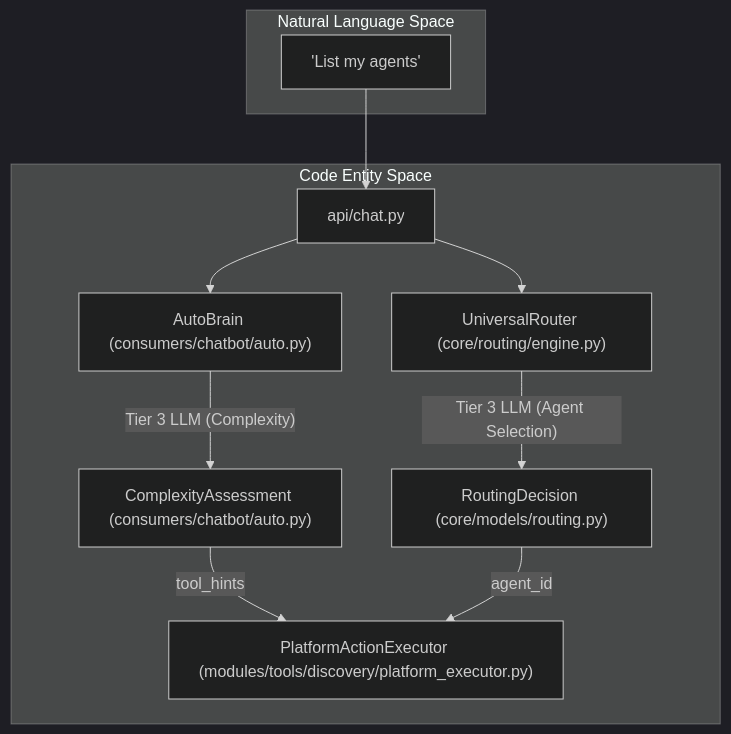
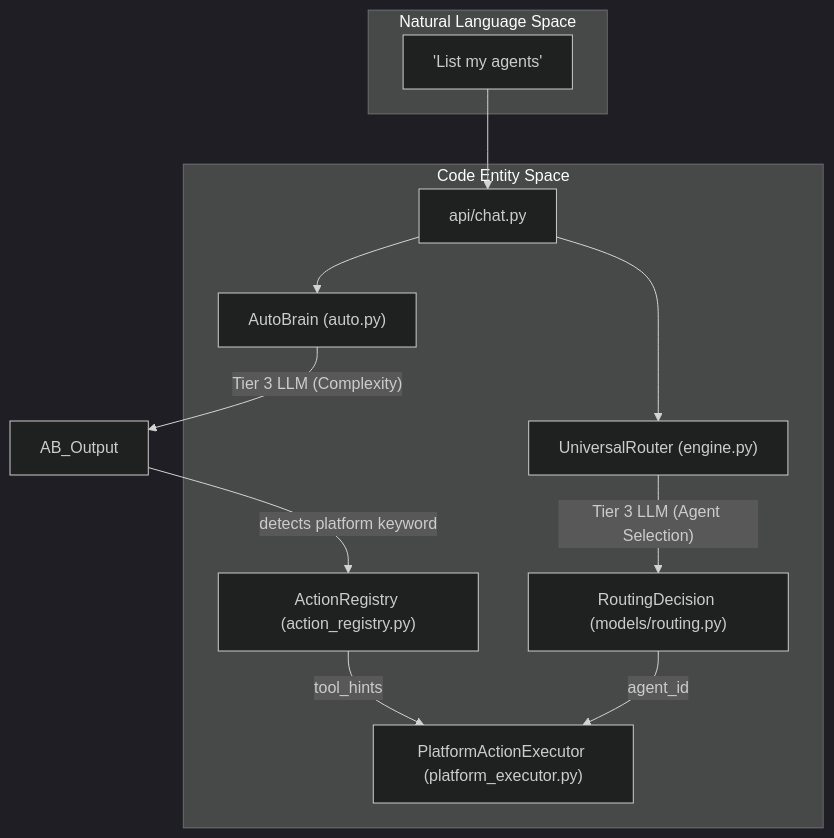
One commit to AutomatosAI/automatos-ai changed the third of 3 diagrams in docs/universal-router/tier-3-llm-classification.md. Above: the diagram before and after it, drawn with Mermaid (dark theme). The commit also changed other lines of this file and 153 other files, not shown here.

````diff
--- a/docs/universal-router/tier-3-llm-classification.md
+++ b/docs/universal-router/tier-3-llm-classification.md
@@ -148,24 +151,25 @@
 ```mermaid
 graph TD
     subgraph "Code Entity Space"
         API["api/chat.py"]
-        AB["AutoBrain (consumers/chatbot/auto.py)"]
-        UR["UniversalRouter (core/routing/engine.py)"]
-        Decision["RoutingDecision (core/models/routing.py)"]
-        Assess["ComplexityAssessment (consumers/chatbot/auto.py)"]
-        PLAT["PlatformActionExecutor (modules/tools/discovery/platform_executor.py)"]
+        AB["AutoBrain (auto.py)"]
+        UR["UniversalRouter (engine.py)"]
+        Decision["RoutingDecision (models/routing.py)"]
+        AR["ActionRegistry (action_registry.py)"]
+        PLAT["PlatformActionExecutor (platform_executor.py)"]
     end
 
     subgraph "Natural Language Space"
         UserMsg["'List my agents'"]
     end
 
     UserMsg --> API
     API --> AB
-    AB -- "Tier 3 LLM (Complexity)" --> Assess
+    AB -- "Tier 3 LLM (Complexity)" --> AB_Output
+    AB_Output -->|detects platform keyword| AR
     API --> UR
     UR -- "Tier 3 LLM (Agent Selection)" --> Decision
     
-    Assess -->|tool_hints| PLAT
+    AR -->|tool_hints| PLAT
     Decision -->|agent_id| PLAT
 ```
````
